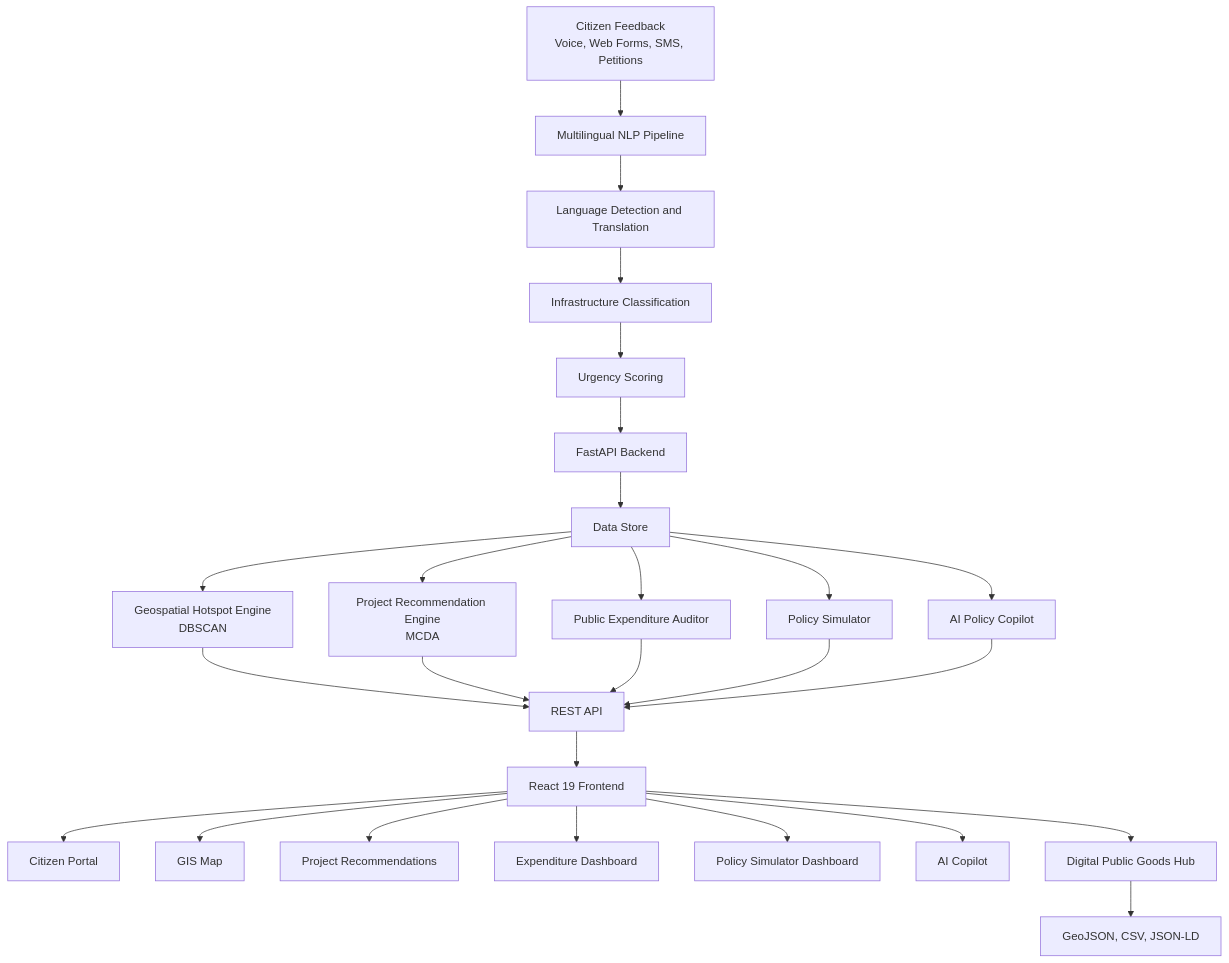
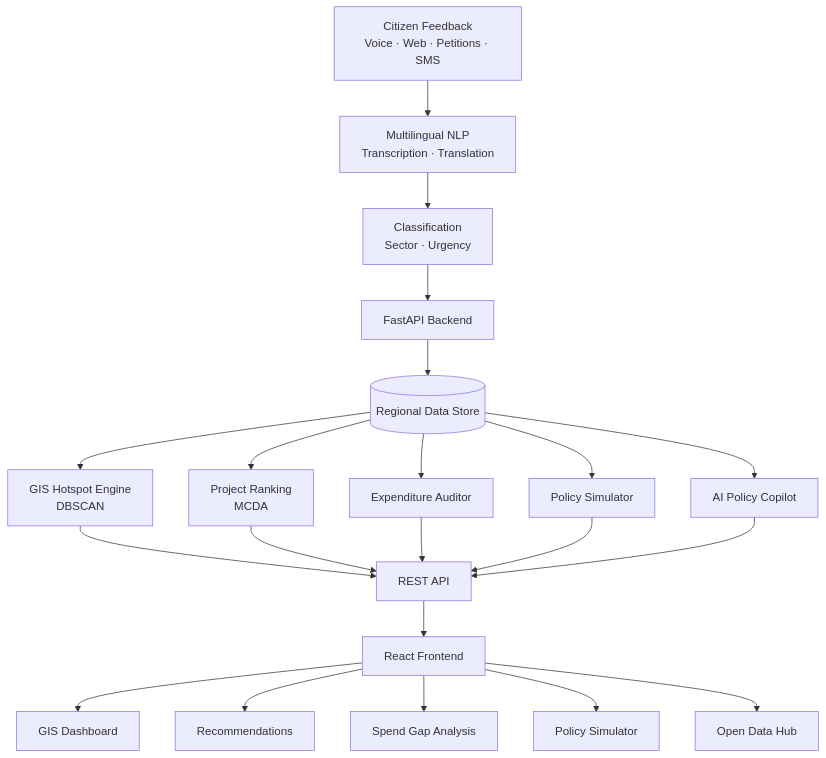
One commit to reddy895/CivicPulse changed the diagram in README.md. Above: the diagram before and after it, drawn with Mermaid. The commit also changed other lines of this file, not shown here.

````diff
--- a/README.md
+++ b/README.md
@@ -18,34 +183,26 @@
 ```mermaid
-flowchart TD
-    A["Citizen Feedback<br/>Voice, Web Forms, SMS, Petitions"] --> B["Multilingual NLP Pipeline"]
-    B --> C["Language Detection and Translation"]
-    C --> D["Infrastructure Classification"]
-    D --> E["Urgency Scoring"]
+flowchart TB
+    A["Citizen Feedback<br/>Voice · Web · Petitions · SMS"] --> B["Multilingual NLP<br/>Transcription · Translation"]
+    B --> C["Classification<br/>Sector · Urgency"]
+    C --> D["FastAPI Backend"]
+    D --> E[("Regional Data Store")]
 
-    E --> F["FastAPI Backend"]
-    F --> G["Data Store"]
+    E --> F["GIS Hotspot Engine<br/>DBSCAN"]
+    E --> G["Project Ranking<br/>MCDA"]
+    E --> H["Expenditure Auditor"]
+    E --> I["Policy Simulator"]
+    E --> J["AI Policy Copilot"]
 
-    G --> H["Geospatial Hotspot Engine<br/>DBSCAN"]
-    G --> I["Project Recommendation Engine<br/>MCDA"]
-    G --> J["Public Expenditure Auditor"]
-    G --> K["Policy Simulator"]
-    G --> L["AI Policy Copilot"]
+    F --> K["REST API"]
+    G --> K
+    H --> K
+    I --> K
+    J --> K
 
-    H --> M["REST API"]
-    I --> M
-    J --> M
-    K --> M
-    L --> M
-
-    M --> N["React 19 Frontend"]
-
-    N --> O["Citizen Portal"]
-    N --> P["GIS Map"]
-    N --> Q["Project Recommendations"]
-    N --> R["Expenditure Dashboard"]
-    N --> S["Policy Simulator Dashboard"]
-    N --> T["AI Copilot"]
-    N --> U["Digital Public Goods Hub"]
-
-    U --> V["GeoJSON, CSV, JSON-LD"]
+    K --> L["React Frontend"]
+    L --> M["GIS Dashboard"]
+    L --> N["Recommendations"]
+    L --> O["Spend Gap Analysis"]
+    L --> P["Policy Simulator"]
+    L --> Q["Open Data Hub"]
 ```
````
